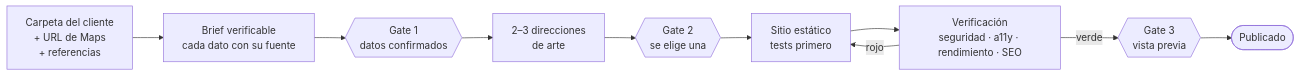
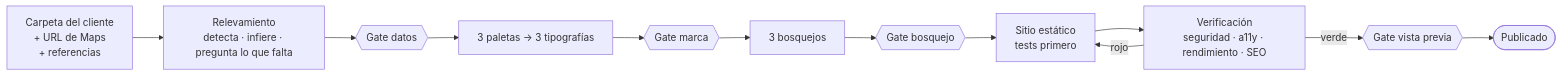
One commit to amiretti/SpecMate changed the diagram in docs/mvp.md. Above: the diagram before and after it, drawn with Mermaid. The commit also changed other lines of this file and 4 other files, not shown here.

````diff
--- a/docs/mvp.md
+++ b/docs/mvp.md
@@ -28,12 +28,14 @@
 ```mermaid
 flowchart LR
-    In["Carpeta del cliente<br/>+ URL de Maps<br/>+ referencias"] --> Brief["Brief verificable<br/>cada dato con su fuente"]
-    Brief --> G1{{"Gate 1<br/>datos confirmados"}}
-    G1 --> Arte["2–3 direcciones<br/>de arte"]
-    Arte --> G2{{"Gate 2<br/>se elige una"}}
-    G2 --> Build["Sitio estático<br/>tests primero"]
+    In["Carpeta del cliente<br/>+ URL de Maps<br/>+ referencias"] --> Rel["Relevamiento<br/>detecta · infiere · pregunta lo que falta"]
+    Rel --> G1{{"Gate datos"}}
+    G1 --> Marca["3 paletas → 3 tipografías"]
+    Marca --> G2{{"Gate marca"}}
+    G2 --> Bosq["3 bosquejos"]
+    Bosq --> G3{{"Gate bosquejo"}}
+    G3 --> Build["Sitio estático<br/>tests primero"]
     Build --> Verify["Verificación<br/>seguridad · a11y · rendimiento · SEO"]
     Verify -->|rojo| Build
-    Verify -->|verde| G3{{"Gate 3<br/>vista previa"}}
-    G3 --> Pub([Publicado])
+    Verify -->|verde| G4{{"Gate vista previa"}}
+    G4 --> Pub([Publicado])
 ```
````
